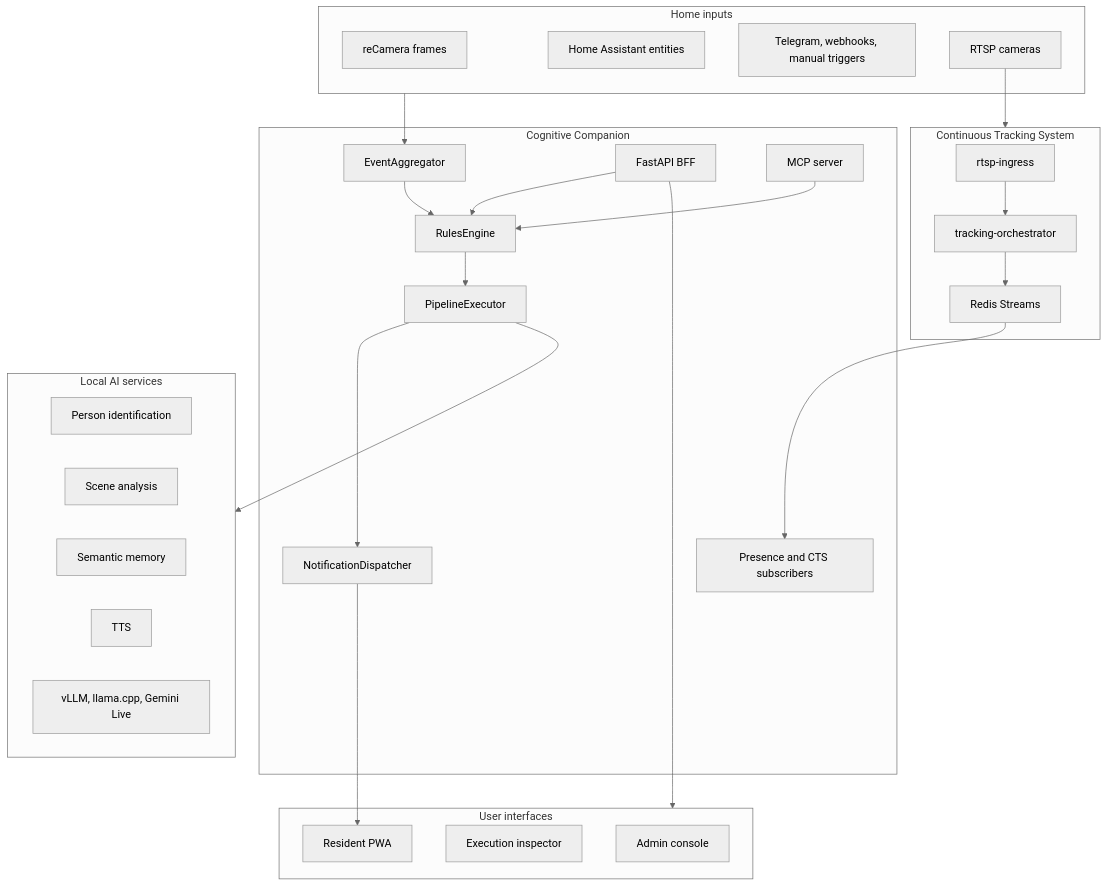
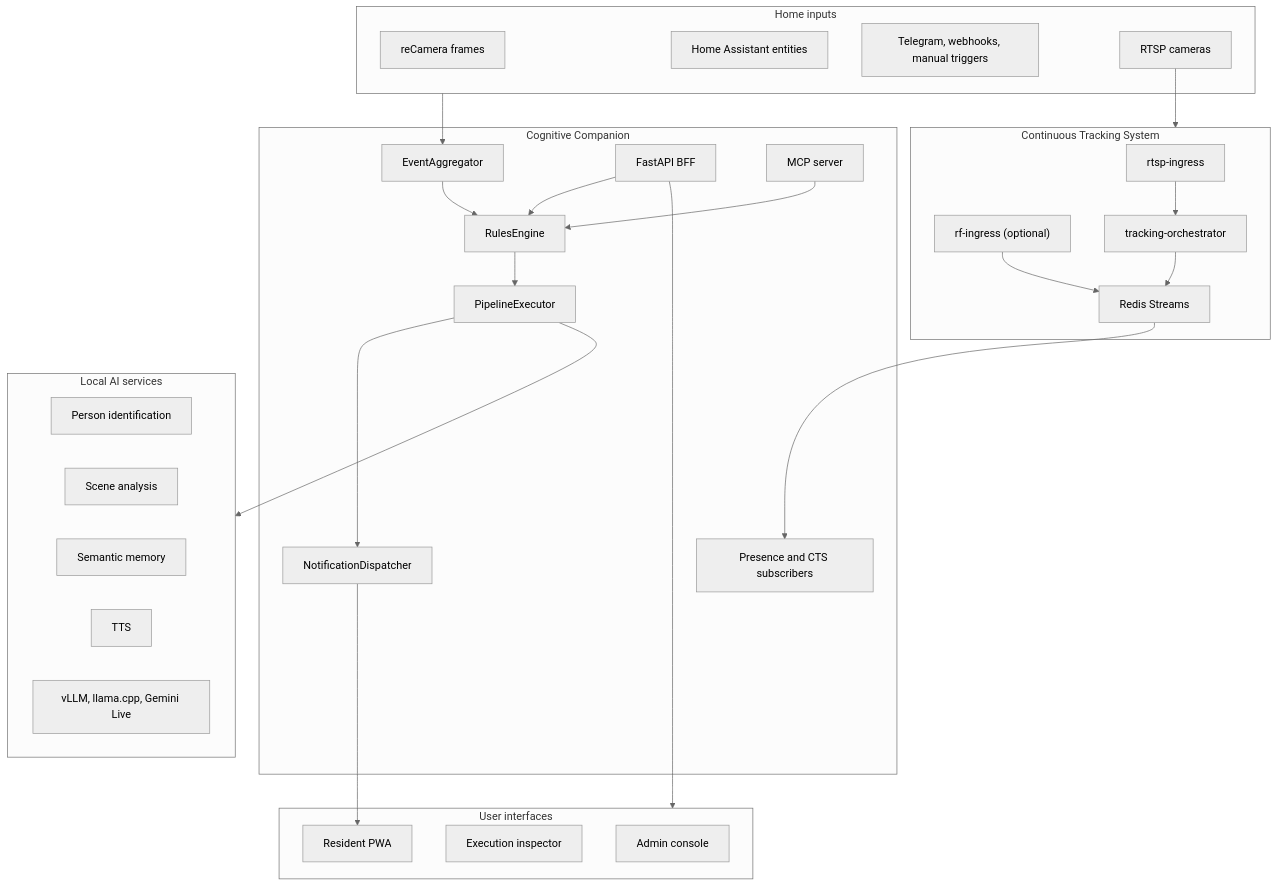
One commit to SilverMind-Project/SilverMind-Project.github.io changed the diagram in docs/guide/architecture.md. Above: the diagram before and after it, drawn with Mermaid (neutral theme). The commit also changed other lines of this file and 2 other files, not shown here.

Commit message:
Document rf-ingress service, simulator, solver, and opt-in compose profile

````diff
--- a/docs/guide/architecture.md
+++ b/docs/guide/architecture.md
@@ -7,50 +7,52 @@
 ```mermaid
 flowchart TB
     subgraph Edge["Home inputs"]
         reCamera["reCamera frames"]
         HA["Home Assistant entities"]
         Telegram["Telegram, webhooks, manual triggers"]
         RTSP["RTSP cameras"]
     end
 
     subgraph CTS["Continuous Tracking System"]
         Ingress["rtsp-ingress"]
+        RfIngress["rf-ingress (optional)"]
         Orchestrator["tracking-orchestrator"]
         Streams["Redis Streams"]
         Ingress --> Orchestrator --> Streams
+        RfIngress --> Streams
     end
 
     subgraph CC["Cognitive Companion"]
         Aggregator["EventAggregator"]
         Rules["RulesEngine"]
         Executor["PipelineExecutor"]
         Presence["Presence and CTS subscribers"]
         Dispatcher["NotificationDispatcher"]
         API["FastAPI BFF"]
         MCP["MCP server"]
         Aggregator --> Rules --> Executor --> Dispatcher
         Streams --> Presence
         API --> Rules
         MCP --> Rules
     end
 
     subgraph UI["User interfaces"]
         Admin["Admin console"]
         Executions["Execution inspector"]
         Companion["Resident PWA"]
     end
 
     subgraph Services["Local AI services"]
         PersonID["Person identification"]
         Scene["Scene analysis"]
         Memory["Semantic memory"]
         TTS["TTS"]
         LLM["vLLM, llama.cpp, Gemini Live"]
     end
 
     Edge --> Aggregator
     RTSP --> CTS
     Executor --> Services
     Dispatcher --> Companion
     API --> UI
 ```
````
